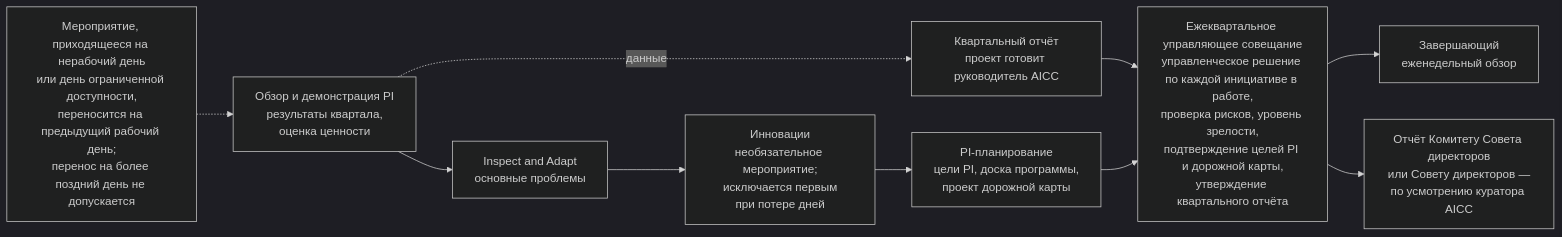
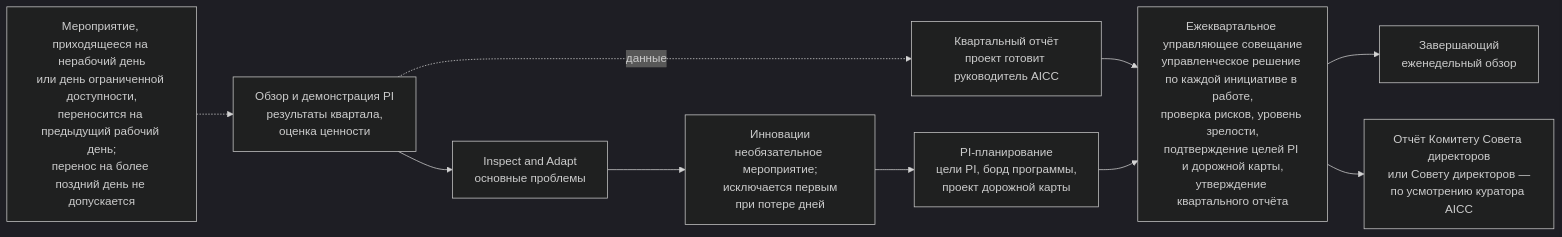
One commit to devhogu/ob-aicc changed the fourth of 4 diagrams in charter/ru/guides/cadence-guide.md. Above: the diagram before and after it, drawn with Mermaid (dark theme). The commit also changed other lines of this file and 193 other files, not shown here.

````diff
--- a/charter/ru/guides/cadence-guide.md
+++ b/charter/ru/guides/cadence-guide.md
@@ -111,12 +111,12 @@
 ```mermaid
 flowchart LR
   PR["Обзор и демонстрация PI<br/>результаты квартала,<br/>оценка ценности"] --> IA["Inspect and Adapt<br/>основные проблемы"]
   IA --> IN["Инновации<br/>необязательное мероприятие;<br/>исключается первым<br/>при потере дней"]
-  IN --> PP["PI-планирование<br/>цели PI, доска программы,<br/>проект дорожной карты"]
+  IN --> PP["PI-планирование<br/>цели PI, борд программы,<br/>проект дорожной карты"]
   PR -.->|"данные"| QR["Квартальный отчёт<br/>проект готовит руководитель AICC"]
   QR --> QS
   PP --> QS["Ежеквартальное управляющее совещание<br/>управленческое решение по каждой инициативе в работе,<br/>проверка рисков, уровень зрелости,<br/>подтверждение целей PI и дорожной карты,<br/>утверждение квартального отчёта"]
   QS --> WR["Завершающий<br/>еженедельный обзор"]
   QS --> BC["Отчёт Комитету Совета директоров<br/>или Совету директоров —<br/>по усмотрению куратора AICC"]
   RULE["Мероприятие, приходящееся на нерабочий день<br/>или день ограниченной доступности,<br/>переносится на предыдущий рабочий день;<br/>перенос на более поздний день не допускается"] -.-> PR
 ```
````
